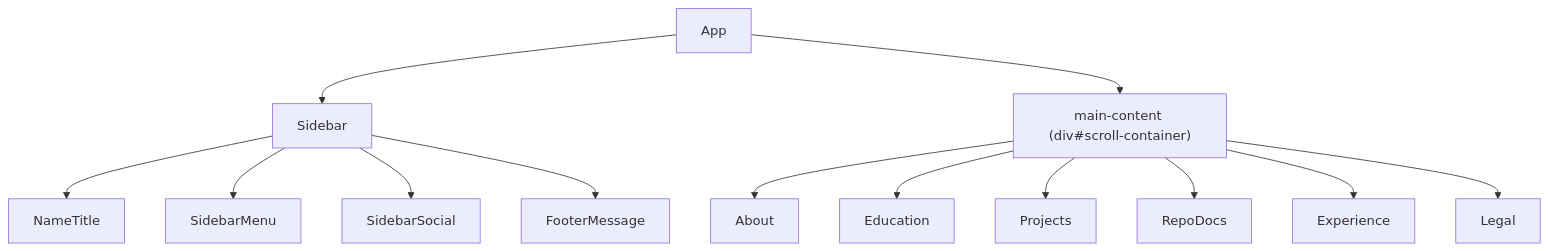
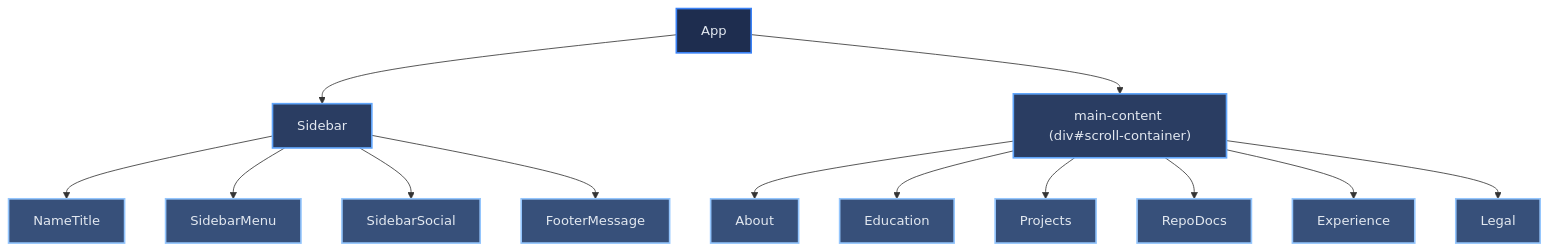
Before and after one commit to Keglev/my-portfolio: the diagram in docs/architecture/component-tree.md, drawn with Mermaid. The commit also changed 8 other files, not shown here.

Commit message:
changed style for make more colorful mermaid diagrams; updated docs to reflect change in style

````diff
--- a/docs/architecture/component-tree.md
+++ b/docs/architecture/component-tree.md
@@ -20,15 +20,37 @@
 ```mermaid
 graph TD
+    App["App"]
+    Sidebar["Sidebar"]
+    MainContent["main-content (div#scroll-container)"]
+    NameTitle["NameTitle"]
+    SidebarMenu["SidebarMenu"]
+    SidebarSocial["SidebarSocial"]
+    FooterMessage["FooterMessage"]
+    About["About"]
+    Education["Education"]
+    Projects["Projects"]
+    RepoDocs["RepoDocs"]
+    Experience["Experience"]
+    Legal["Legal"]
+
     App --> Sidebar
-    App --> MainContent["main-content (div#scroll-container)"]
+    App --> MainContent
     Sidebar --> NameTitle
     Sidebar --> SidebarMenu
     Sidebar --> SidebarSocial
     Sidebar --> FooterMessage
     MainContent --> About
     MainContent --> Education
     MainContent --> Projects
     MainContent --> RepoDocs
     MainContent --> Experience
     MainContent --> Legal
+
+    class App l1
+    class Sidebar,MainContent l2
+    class NameTitle,SidebarMenu,SidebarSocial,FooterMessage,About,Education,Projects,RepoDocs,Experience,Legal l3
+
+    classDef l1 fill:#1e2d4f,stroke:#3B82F6,stroke-width:2px,color:#E2E8F0
+    classDef l2 fill:#2a3d62,stroke:#60A5FA,stroke-width:2px,color:#E2E8F0
+    classDef l3 fill:#37507a,stroke:#93C5FD,stroke-width:2px,color:#E2E8F0
 ```
````
